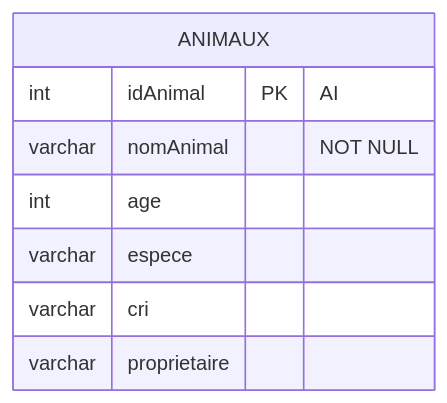
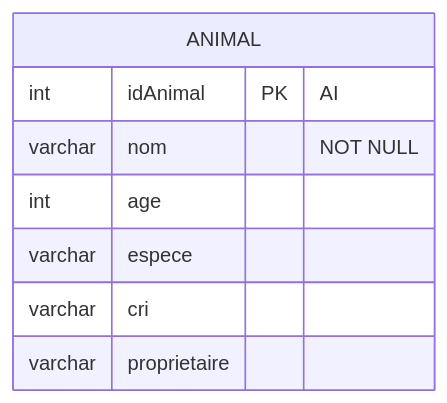
The second of 4 diagrams in README.md (L0mens/nyan-cat-project), drawn with Mermaid before and after one commit. The commit also changed other lines of this file and 2 other files, not shown here.

````diff
--- a/README.md
+++ b/README.md
@@ -208,11 +208,11 @@
 ```mermaid
 erDiagram
-ANIMAUX {
+ANIMAL {
         int idAnimal PK "AI"
-        varchar nomAnimal "NOT NULL"
+        varchar nom "NOT NULL"
         int age
         varchar espece
         varchar cri
         varchar proprietaire
     }
 ```
````
